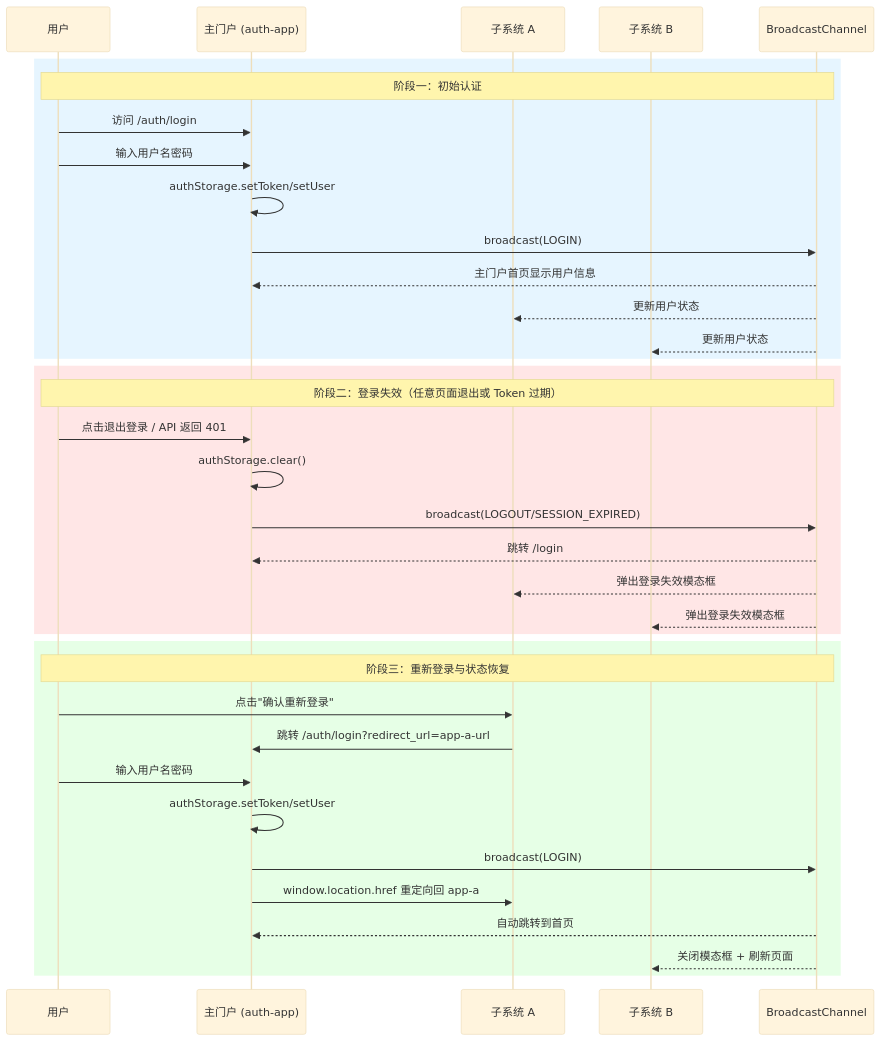
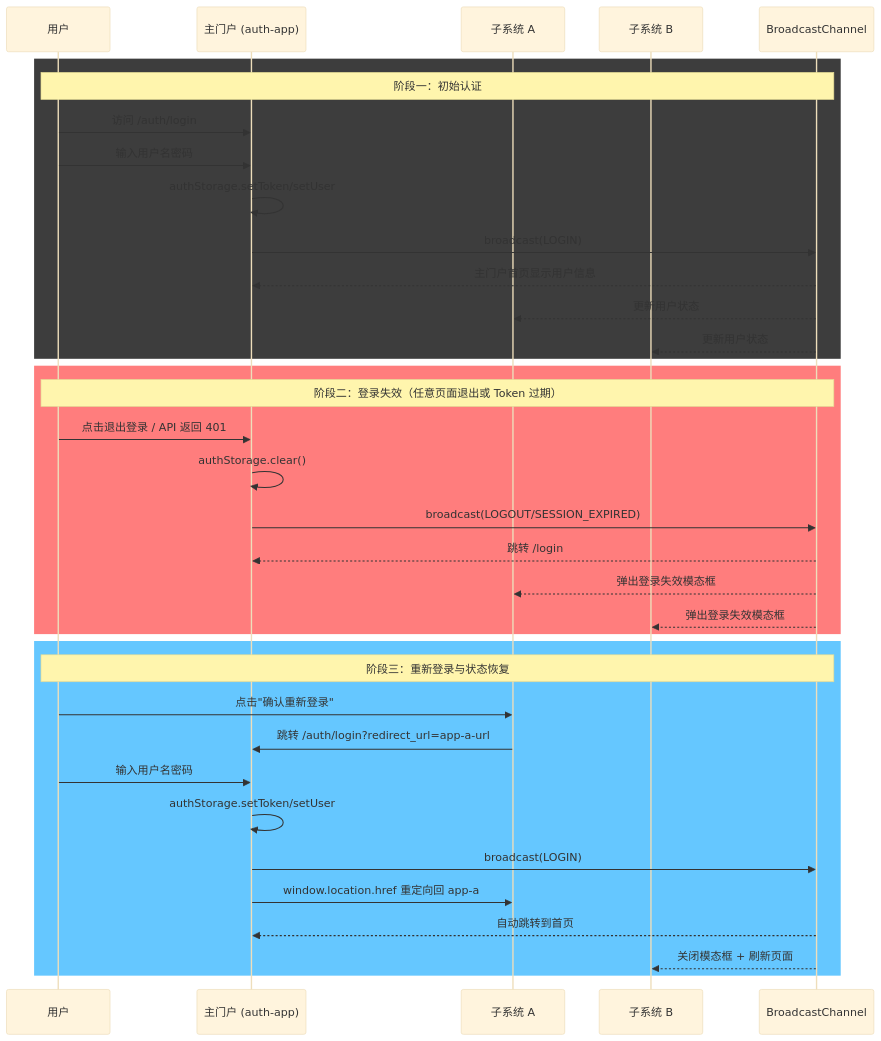
The diagram in README.md (Sogrey/UniPortal), drawn with Mermaid (base theme) before and after one commit.

Commit message:
更新 README.md

````diff
--- a/README.md
+++ b/README.md
@@ -112,41 +112,41 @@
 ```mermaid
 sequenceDiagram
     participant User as 用户
     participant Auth as 主门户 (auth-app)
     participant AppA as 子系统 A
     participant AppB as 子系统 B
     participant Channel as BroadcastChannel
 
-    rect rgb(230, 245, 255)
+    rect rgba(61, 61, 61, 1)
     Note over User,Channel: 阶段一：初始认证
     User->>Auth: 访问 /auth/login
     User->>Auth: 输入用户名密码
     Auth->>Auth: authStorage.setToken/setUser
     Auth->>Channel: broadcast(LOGIN)
     Channel-->>Auth: 主门户首页显示用户信息
     Channel-->>AppA: 更新用户状态
     Channel-->>AppB: 更新用户状态
     end
 
-    rect rgb(255, 230, 230)
+    rect rgba(255, 125, 125, 1)
     Note over User,Channel: 阶段二：登录失效（任意页面退出或 Token 过期）
     User->>Auth: 点击退出登录 / API 返回 401
     Auth->>Auth: authStorage.clear()
     Auth->>Channel: broadcast(LOGOUT/SESSION_EXPIRED)
     Channel-->>Auth: 跳转 /login
     Channel-->>AppA: 弹出登录失效模态框
     Channel-->>AppB: 弹出登录失效模态框
     end
 
-    rect rgb(230, 255, 230)
+    rect rgba(101, 199, 255, 1)
     Note over User,Channel: 阶段三：重新登录与状态恢复
     User->>AppA: 点击"确认重新登录"
     AppA->>Auth: 跳转 /auth/login?redirect_url=app-a-url
     User->>Auth: 输入用户名密码
     Auth->>Auth: authStorage.setToken/setUser
     Auth->>Channel: broadcast(LOGIN)
     Auth->>AppA: window.location.href 重定向回 app-a
     Channel-->>Auth: 自动跳转到首页
     Channel-->>AppB: 关闭模态框 + 刷新页面
     end
 ```
````
